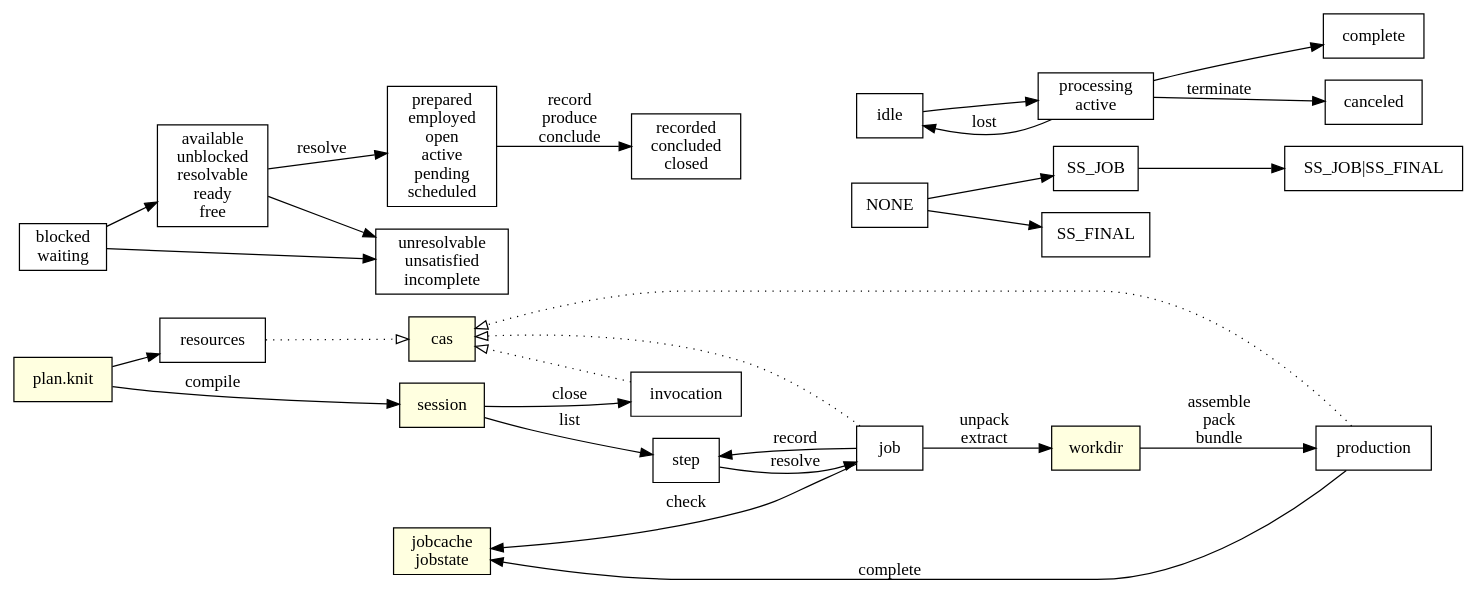
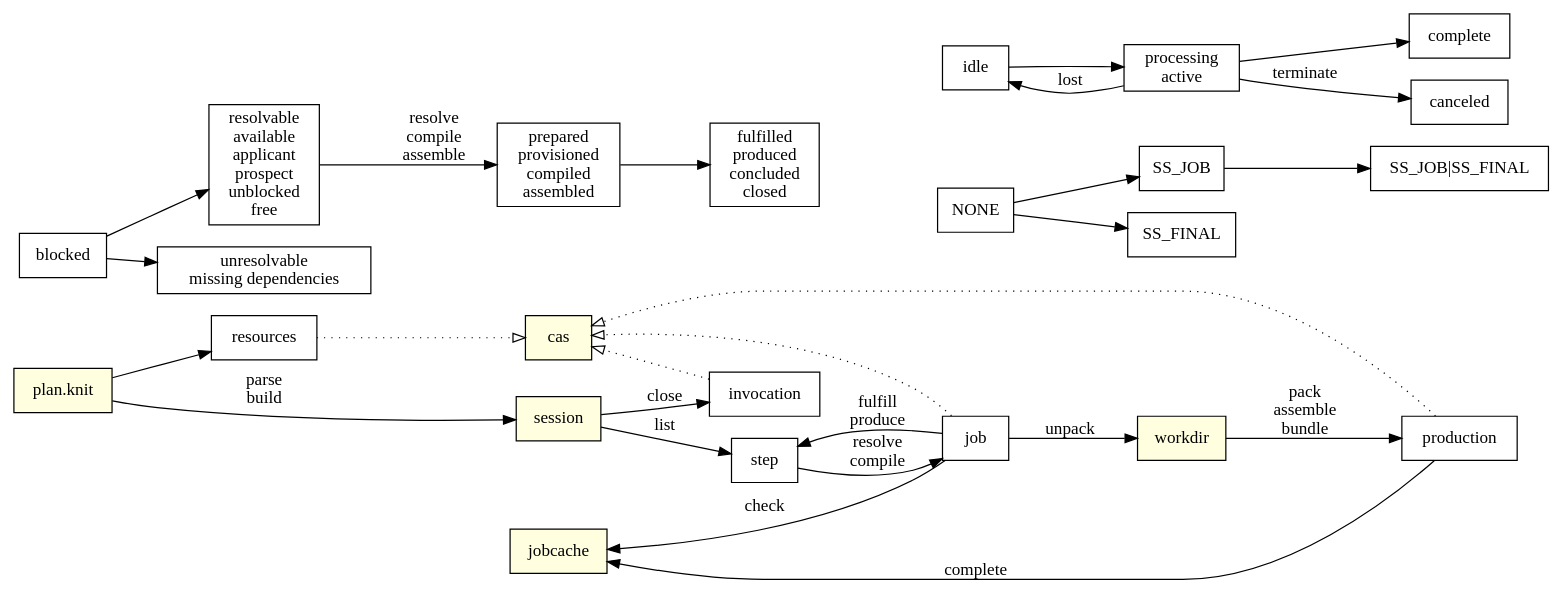
One commit to jmou/knit changed the diagram in diagram.dot. Above: the diagram before and after it, drawn with Graphviz. The commit also changed 8 other files, not shown here.

```diff
--- a/diagram.dot
+++ b/diagram.dot
@@ -1,66 +1,66 @@
 digraph {
     rankdir=LR;
     node [shape=box];
 
     {
         node [style=filled,fillcolor=lightyellow];
 
         // session canonicalization to detect duplicate flows?
         "plan.knit";
         {
             rank=same;
             // .knit/sessions/xxxx
             session;
             // .knit/cas/xx/yyyy
             cas;
             // .knit/jobcache/xx/yyyy
             // TODO this seems more appropriate on the workdir
             // .knit/jobcache/xx/yyyy.pending
-            jobcache [label="jobcache\njobstate"];
+            jobcache;
         }
         // .knit/workdirs/xx/yyyy
         workdir;
     }
 
-    "plan.knit" -> session [label=compile];
+    "plan.knit" -> session [label="parse\nbuild"];
     "plan.knit" -> resources;
-    step -> job [label=resolve];
+    step -> job [label="resolve\ncompile"];
     job -> jobcache [label=check];
-    job -> step [label=record];
+    job -> step [label="fulfill\nproduce"];
     session -> step [label=list];
     session -> invocation [label=close];
 
     // dispatch
-    job -> workdir [label="unpack\nextract"];
-    workdir -> production [label="assemble\npack\nbundle"];
+    job -> workdir [label=unpack];
+    workdir -> production [label="pack\nassemble\nbundle"];
     production -> jobcache [label=complete];
 
     {
         edge [style=dotted,arrowhead=empty];
         resources -> cas;
         job -> cas;
         production -> cas;
         invocation -> cas;
     }
 
     // step states
-    blocked [label="blocked\nwaiting"];
-    available [label="available\nunblocked\nresolvable\nready\nfree"];
-    prepared [label="prepared\nemployed\nopen\nactive\npending\nscheduled"];
-    blocked -> available;
-    available -> prepared [label=resolve];
-    prepared -> "recorded\nconcluded\nclosed" [label="record\nproduce\nconclude"];
-    { blocked available } -> "unresolvable\nunsatisfied\nincomplete";
+    blocked;
+    resolvable [label="resolvable\navailable\napplicant\nprospect\nunblocked\nfree"];
+    prepared [label="prepared\nprovisioned\ncompiled\nassembled"];
+    blocked -> resolvable;
+    resolvable -> prepared [label="resolve\ncompile\nassemble"];
+    prepared -> "fulfilled\nproduced\nconcluded\nclosed";
+    blocked -> "unresolvable\nmissing dependencies";
 
     // step flags
     NONE -> SS_JOB -> "SS_JOB|SS_FINAL";
     NONE -> SS_FINAL;
 
     // job states
     processing [label="processing\nactive"];
     idle -> processing -> complete;
     processing -> canceled [label=terminate];
     processing -> idle [label=lost];
 
     { rank=same; idle; NONE; job; }
 }
```
